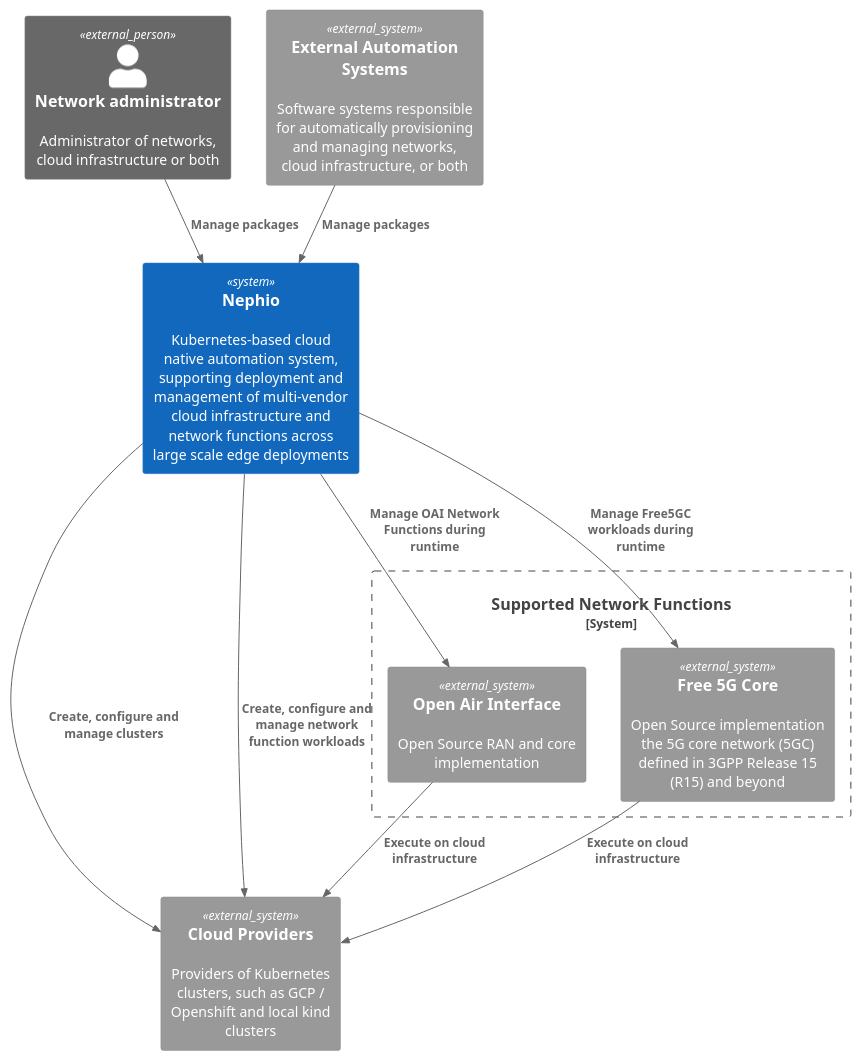
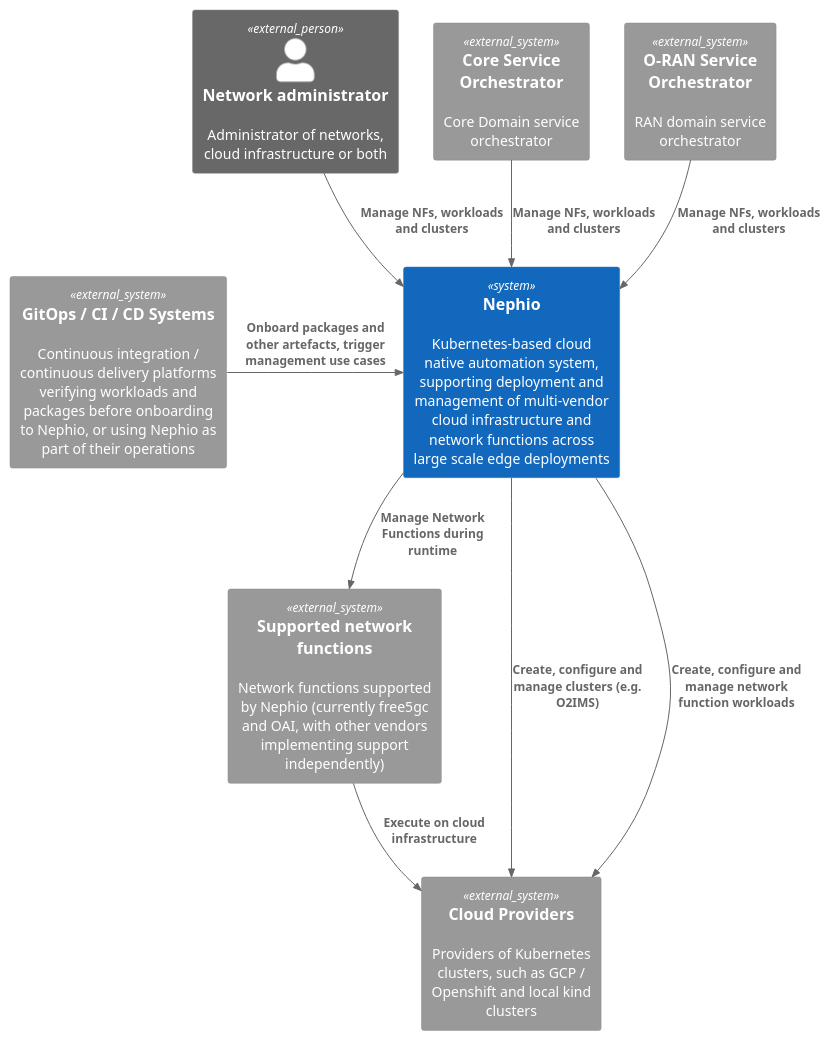
Before and after one commit to ciaranjohnston/nephio-arch-docs-playground: the diagram in diagrams/src/nephio-system-context.puml, drawn with PlantUML. The commit also changed 6 other files, not shown here.

```diff
--- a/diagrams/src/nephio-system-context.puml
+++ b/diagrams/src/nephio-system-context.puml
@@ -1,31 +1,32 @@
 @startuml
 !include  https://raw.githubusercontent.com/plantuml-stdlib/C4-PlantUML/master/C4_Container.puml
 !include  https://raw.githubusercontent.com/plantuml-stdlib/C4-PlantUML/master/C4_Component.puml
 
+' External actors
+Person_Ext(admin, "Network administrator", "Administrator of networks, cloud infrastructure or both")
+System_Ext(core_service_orchestrator, "Core Service Orchestrator", "Core Domain service orchestrator")
+System_Ext(oran_service_orchestrator, "O-RAN Service Orchestrator", "RAN domain service orchestrator")
+System_Ext(cicd_system, "GitOps / CI / CD Systems", "Continuous integration / continuous delivery platforms verifying workloads and packages before onboarding to Nephio, or using Nephio as part of their operations")
 
-Person_Ext(admin, "Network administrator", "Administrator of networks, cloud infrastructure or both")
-System_Ext(service_orchestrator, "External Automation Systems", "Software systems responsible for automatically provisioning and managing networks, cloud infrastructure, or both")
-
+' Core Nephio function
 System(nephio, "Nephio", "Kubernetes-based cloud native automation system, supporting deployment and management of multi-vendor cloud infrastructure and network functions across large scale edge deployments")
 
-System_Boundary(networks, "Supported Network Functions") {
-    System_Ext(oai, "Open Air Interface", "Open Source RAN and core implementation")
-    System_Ext(free5g_core, "Free 5G Core", "Open Source implementation the 5G core network (5GC) defined in 3GPP Release 15 (R15) and beyond")
-}
-
+' Southbound dependencies
+System_Ext(supported_nfs, "Supported network functions", "Network functions supported by Nephio (currently free5gc and OAI, with other vendors implementing support independently)")
 System_Ext(clouds, "Cloud Providers", "Providers of Kubernetes clusters, such as GCP / Openshift and local kind clusters")
 
-Rel_D(admin, nephio, "Manage packages")
-Rel_D(service_orchestrator, nephio, "Manage packages")
+' Actor - nephio relationships
+Rel_D(admin, nephio, "Manage NFs, workloads and clusters")
+Rel_D(core_service_orchestrator, nephio, "Manage NFs, workloads and clusters")
+Rel_D(oran_service_orchestrator, nephio, "Manage NFs, workloads and clusters")
 
-' Relationships from configsync in mgt cluster
+Rel_R(cicd_system, nephio, "Onboard packages and other artefacts, trigger management use cases")
 
-Rel_D(nephio, clouds, "Create, configure and manage clusters")
+' Nephio - managed entity relationships
+Rel_D(nephio, clouds, "Create, configure and manage clusters (e.g. O2IMS)")
 Rel_D(nephio, clouds, "Create, configure and manage network function workloads")
 
-Rel_D(nephio, oai, "Manage OAI Network Functions during runtime")
-Rel_D(nephio, free5g_core, "Manage Free5GC workloads during runtime")
-Rel_D(free5g_core, clouds, "Execute on cloud infrastructure")
-Rel_D(oai, clouds, "Execute on cloud infrastructure")
+Rel_D(nephio, supported_nfs, "Manage Network Functions during runtime")
+Rel_D(supported_nfs, clouds, "Execute on cloud infrastructure")
 
 @enduml
```
